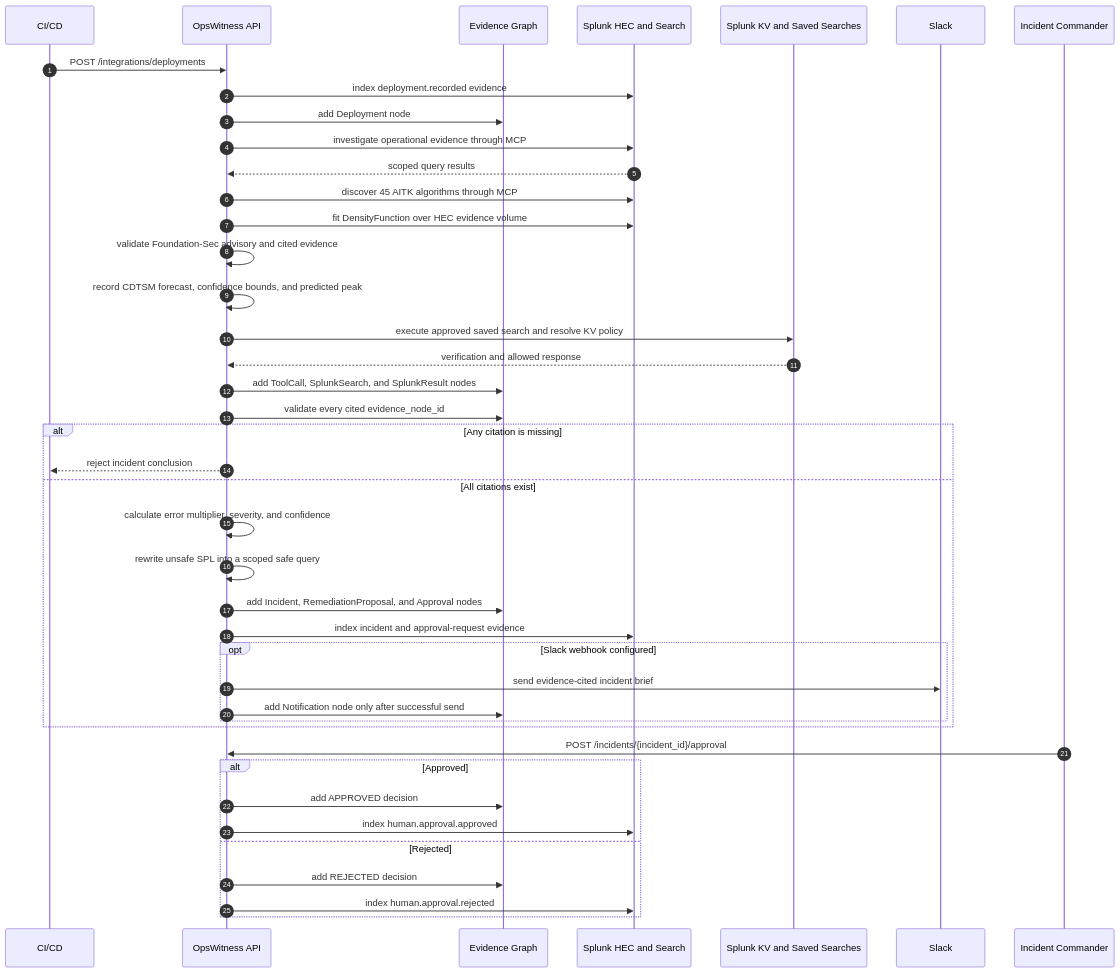
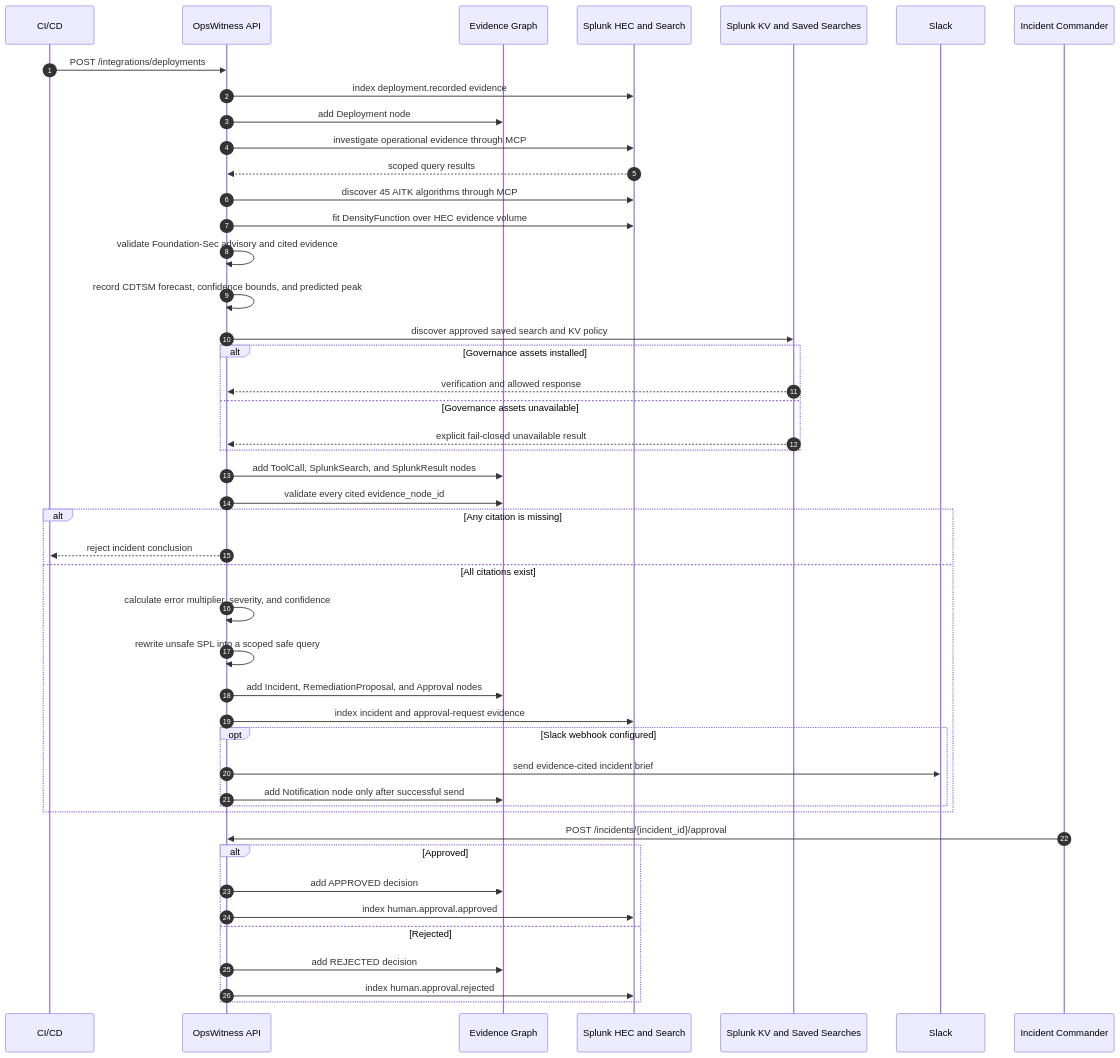
One commit to N-45div/OpsWitness changed the sixth of 7 diagrams in architecture_diagram.md. Above: the diagram before and after it, drawn with Mermaid. The commit also changed 1 other file, not shown here.

Commit message:
docs: finalize submission compliance claims

````diff
--- a/architecture_diagram.md
+++ b/architecture_diagram.md
@@ -229,48 +229,52 @@
 ```mermaid
 sequenceDiagram
   autonumber
   participant CICD as CI/CD
   participant API as OpsWitness API
   participant Graph as Evidence Graph
   participant Splunk as Splunk HEC and Search
   participant Policy as Splunk KV and Saved Searches
   participant Slack as Slack
   participant Human as Incident Commander
 
   CICD->>API: POST /integrations/deployments
   API->>Splunk: index deployment.recorded evidence
   API->>Graph: add Deployment node
 
   API->>Splunk: investigate operational evidence through MCP
   Splunk-->>API: scoped query results
   API->>Splunk: discover 45 AITK algorithms through MCP
   API->>Splunk: fit DensityFunction over HEC evidence volume
   API->>API: validate Foundation-Sec advisory and cited evidence
   API->>API: record CDTSM forecast, confidence bounds, and predicted peak
-  API->>Policy: execute approved saved search and resolve KV policy
-  Policy-->>API: verification and allowed response
+  API->>Policy: discover approved saved search and KV policy
+  alt Governance assets installed
+    Policy-->>API: verification and allowed response
+  else Governance assets unavailable
+    Policy-->>API: explicit fail-closed unavailable result
+  end
   API->>Graph: add ToolCall, SplunkSearch, and SplunkResult nodes
 
   API->>Graph: validate every cited evidence_node_id
   alt Any citation is missing
     API-->>CICD: reject incident conclusion
   else All citations exist
     API->>API: calculate error multiplier, severity, and confidence
     API->>API: rewrite unsafe SPL into a scoped safe query
     API->>Graph: add Incident, RemediationProposal, and Approval nodes
     API->>Splunk: index incident and approval-request evidence
     opt Slack webhook configured
       API->>Slack: send evidence-cited incident brief
       API->>Graph: add Notification node only after successful send
     end
   end
 
   Human->>API: POST /incidents/{incident_id}/approval
   alt Approved
     API->>Graph: add APPROVED decision
     API->>Splunk: index human.approval.approved
   else Rejected
     API->>Graph: add REJECTED decision
     API->>Splunk: index human.approval.rejected
   end
 ```
````
